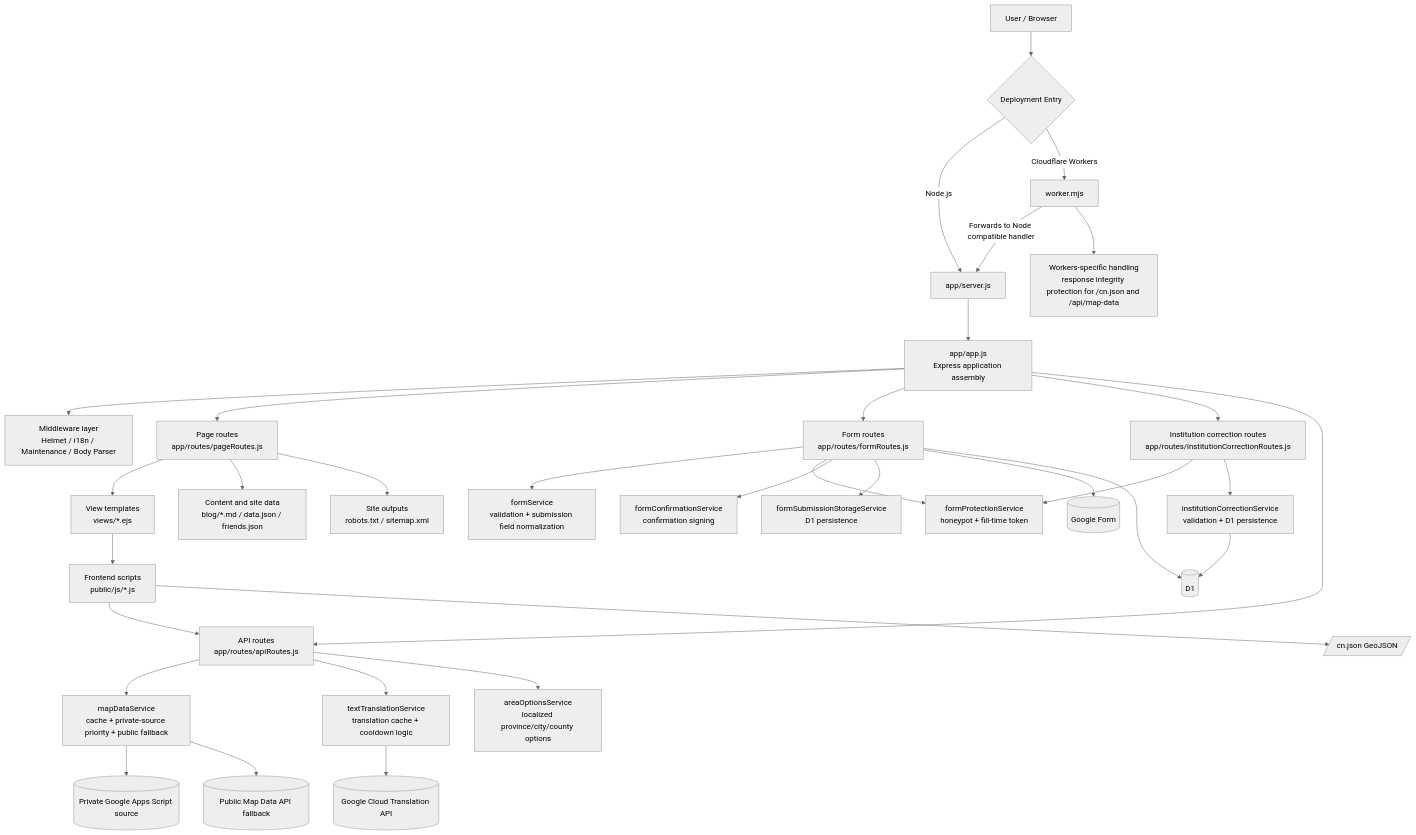
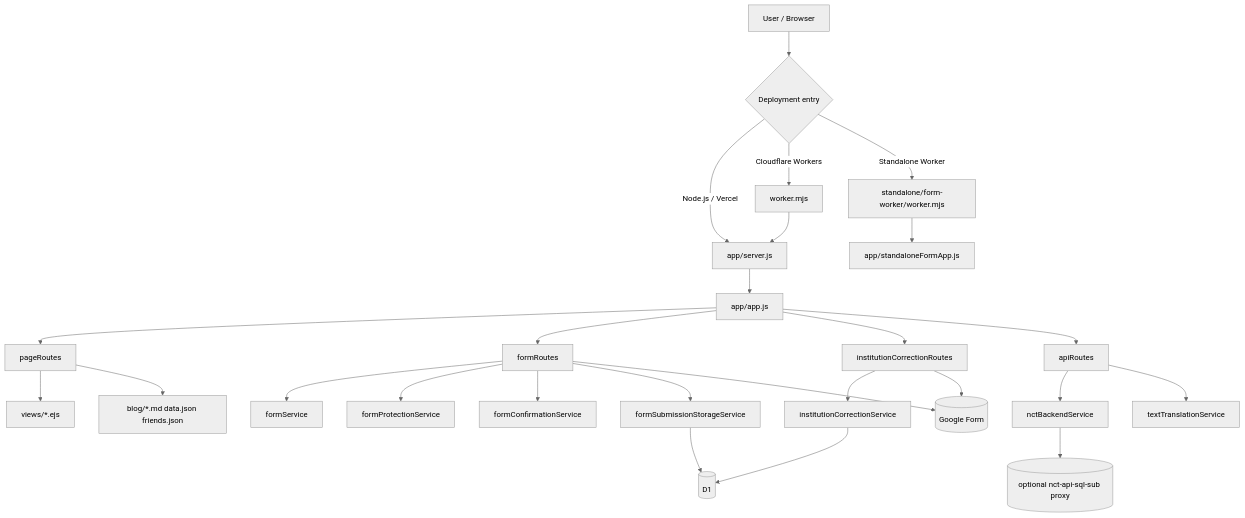
The diagram in README.en.md (NO-CONVERSION-THERAPY/NCT_old), drawn with Mermaid (neutral theme) before and after one commit. The commit also changed other lines of this file and 2 other files, not shown here.

````diff
--- a/README.en.md
+++ b/README.en.md
@@ -93,46 +96,34 @@
 ```mermaid
 flowchart TD
   U[User / Browser]
 
-  U --> R{Deployment Entry}
-  R -->|Node.js| N[app/server.js]
+  U --> R{Deployment entry}
+  R -->|Node.js / Vercel| N[app/server.js]
   R -->|Cloudflare Workers| W[worker.mjs]
-  W -->|Forwards to Node compatible handler| N
+  R -->|Standalone Worker| SW[standalone/form-worker/worker.mjs]
 
-  N --> A[app/app.js<br/>Express application assembly]
+  W --> N
+  SW --> SF[app/standaloneFormApp.js]
+  N --> A[app/app.js]
 
-  A --> M[Middleware layer<br/>Helmet / i18n / Maintenance / Body Parser]
-  A --> P[Page routes<br/>app/routes/pageRoutes.js]
-  A --> F[Form routes<br/>app/routes/formRoutes.js]
-  A --> IC[Institution correction routes<br/>app/routes/institutionCorrectionRoutes.js]
-  A --> I[API routes<br/>app/routes/apiRoutes.js]
+  A --> P[pageRoutes]
+  A --> F[formRoutes]
+  A --> C[institutionCorrectionRoutes]
+  A --> API[apiRoutes]
 
-  P --> V[View templates<br/>views/*.ejs]
-  P --> C1[Content and site data<br/>blog/*.md / data.json / friends.json]
-  P --> S1[Site outputs<br/>robots.txt / sitemap.xml]
+  P --> V[views/*.ejs]
+  P --> CONTENT[blog/*.md data.json friends.json]
+  F --> FS[formService]
+  F --> FP[formProtectionService]
+  F --> FC[formConfirmationService]
+  F --> FD1[formSubmissionStorageService]
+  C --> ICS[institutionCorrectionService]
+  API --> BACKEND[nctBackendService]
+  API --> T[textTranslationService]
 
-  F --> FS[formService<br/>validation + submission field normalization]
-  F --> FP[formProtectionService<br/>honeypot + fill-time token]
-  F --> FC[formConfirmationService<br/>confirmation signing]
-  F --> FD1[formSubmissionStorageService<br/>D1 persistence]
+  FD1 --> D1[(D1)]
+  ICS --> D1
   F --> GF[(Google Form)]
-  F --> D1[(D1)]
-
-  IC --> FP
-  IC --> ICS[institutionCorrectionService<br/>validation + D1 persistence]
-  ICS --> D1
-
-  I --> MD[mapDataService<br/>cache + private-source priority + public fallback]
-  I --> TS[textTranslationService<br/>translation cache + cooldown logic]
-  I --> AO[areaOptionsService<br/>localized province/city/county options]
-
-  MD --> GAS[(Private Google Apps Script source)]
-  MD --> PM[(Public Map Data API fallback)]
-  TS --> GCT[(Google Cloud Translation API)]
-
-  V --> J[Frontend scripts<br/>public/js/*.js]
-  J --> I
-  J --> CN[/cn.json GeoJSON/]
-
-  W --> W1[Workers-specific handling<br/>response integrity protection for /cn.json and /api/map-data]
+  C --> GF
+  BACKEND --> SUB[(optional nct-api-sql-sub proxy)]
 ```
````
